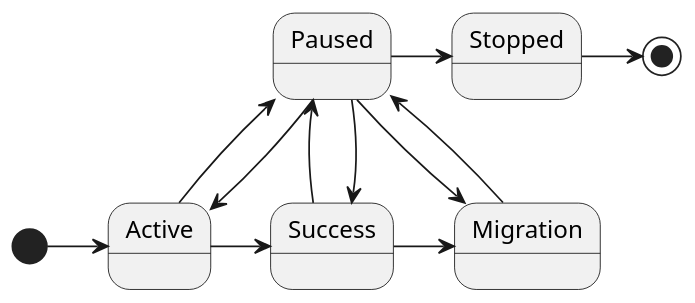
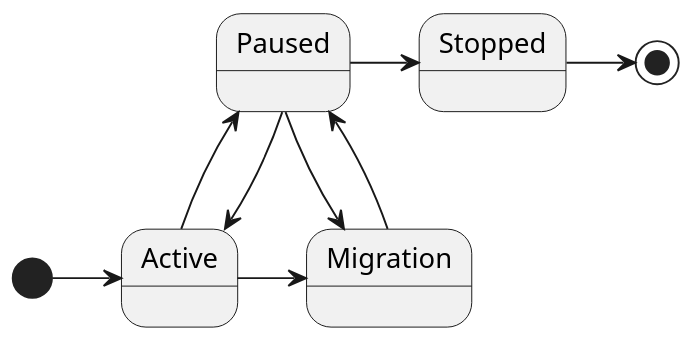
One commit to DarkDarkZen/carfix changed the diagram in uml/tokens.puml. Above: the diagram before and after it, drawn with PlantUML. The commit also changed 3 other files, not shown here.

```diff
--- a/uml/tokens.puml
+++ b/uml/tokens.puml
@@ -1,22 +1,18 @@
 @startuml
 scale 550 width
 
 [*] -> Active
 
 Active -up-> Paused
 Paused -down-> Active
 
-Active -> Success
-Success -up-> Paused
-Paused -down-> Success
-
-Success -> Migration
+Active -> Migration
 
 Migration -> Paused
 Paused -> Migration
 
 Paused -> Stopped
 
 Stopped -> [*]
 
 @enduml
```
